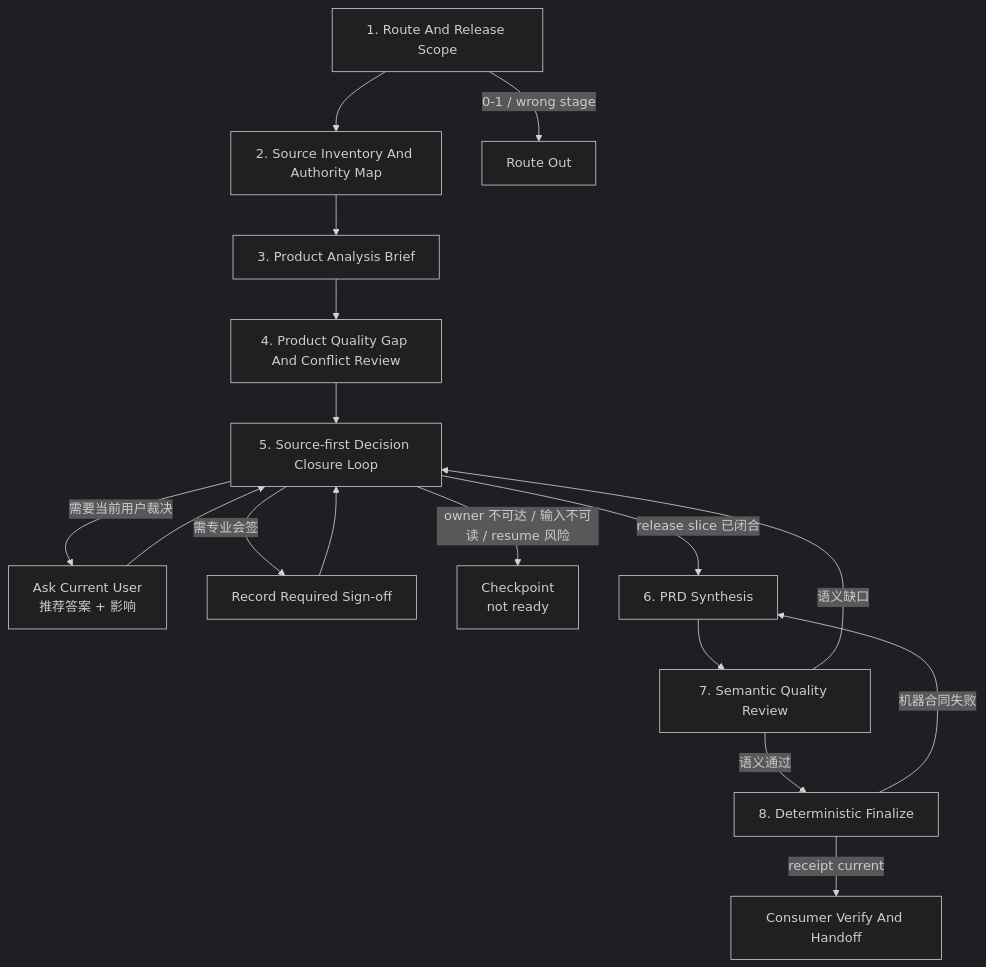
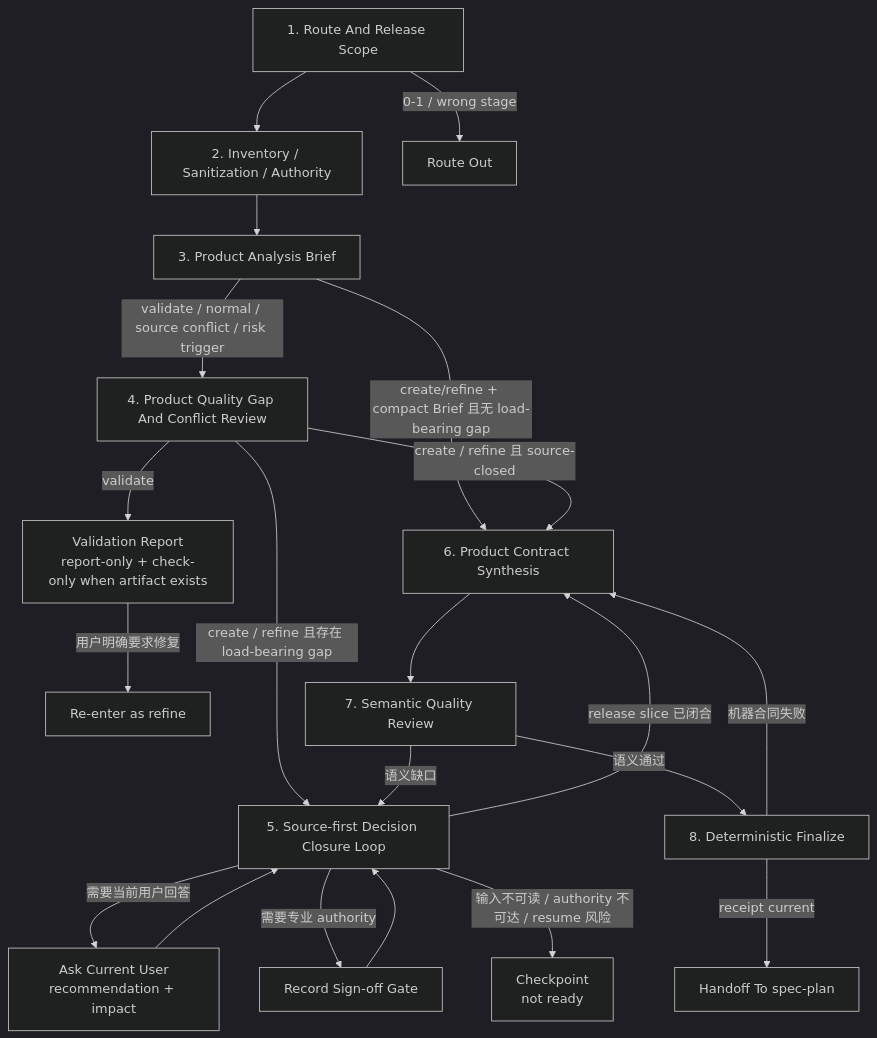
One commit to leo-kuang-ai/spec-first changed the fourth of 5 diagrams in docs/validation/spec-prd/2026-07-11-spec-prd-skill-goal-and-restructure-review.md. Above: the diagram before and after it, drawn with Mermaid (dark theme). The commit also changed other lines of this file and 39 other files, not shown here.

````diff
--- a/docs/validation/spec-prd/2026-07-11-spec-prd-skill-goal-and-restructure-review.md
+++ b/docs/validation/spec-prd/2026-07-11-spec-prd-skill-goal-and-restructure-review.md
@@ -284,19 +344,23 @@
 ```mermaid
 flowchart TD
-    A[1. Route And Release Scope] --> B[2. Source Inventory And Authority Map]
+    A[1. Route And Release Scope] --> B[2. Inventory / Sanitization / Authority]
     A -->|0-1 / wrong stage| R[Route Out]
     B --> C[3. Product Analysis Brief]
-    C --> D[4. Product Quality Gap And Conflict Review]
-    D --> E[5. Source-first Decision Closure Loop]
-    E -->|需要当前用户裁决| U[Ask Current User<br/>推荐答案 + 影响]
+    C -->|create/refine + compact Brief 且无 load-bearing gap| F[6. Product Contract Synthesis]
+    C -->|validate / normal / source conflict / risk trigger| D[4. Product Quality Gap And Conflict Review]
+    D -->|validate| V[Validation Report<br/>report-only + check-only when artifact exists]
+    V -->|用户明确要求修复| A2[Re-enter as refine]
+    D -->|create / refine 且存在 load-bearing gap| E[5. Source-first Decision Closure Loop]
+    D -->|create / refine 且 source-closed| F
+    E -->|需要当前用户回答| U[Ask Current User<br/>recommendation + impact]
     U --> E
-    E -->|需专业会签| S[Record Required Sign-off]
+    E -->|需要专业 authority| S[Record Sign-off Gate]
     S --> E
-    E -->|owner 不可达 / 输入不可读 / resume 风险| K[Checkpoint<br/>not ready]
-    E -->|release slice 已闭合| F[6. PRD Synthesis]
+    E -->|输入不可读 / authority 不可达 / resume 风险| K[Checkpoint<br/>not ready]
+    E -->|release slice 已闭合| F
     F --> G[7. Semantic Quality Review]
     G -->|语义缺口| E
     G -->|语义通过| H[8. Deterministic Finalize]
     H -->|机器合同失败| F
-    H -->|receipt current| I[Consumer Verify And Handoff]
+    H -->|receipt current| I[Handoff To spec-plan]
 ```
````
